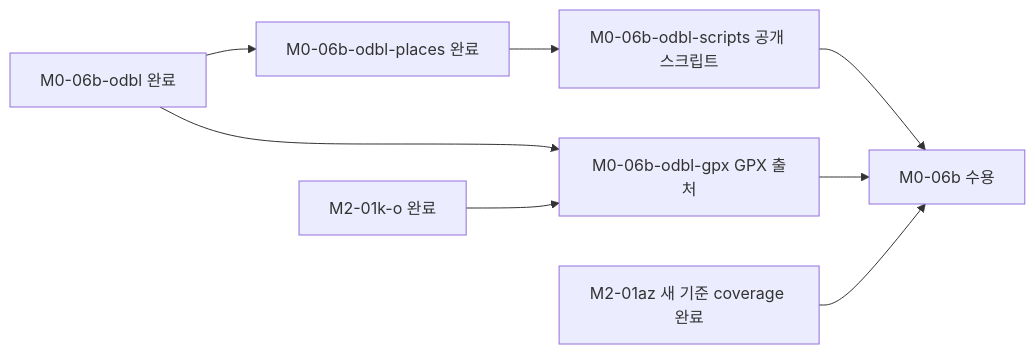
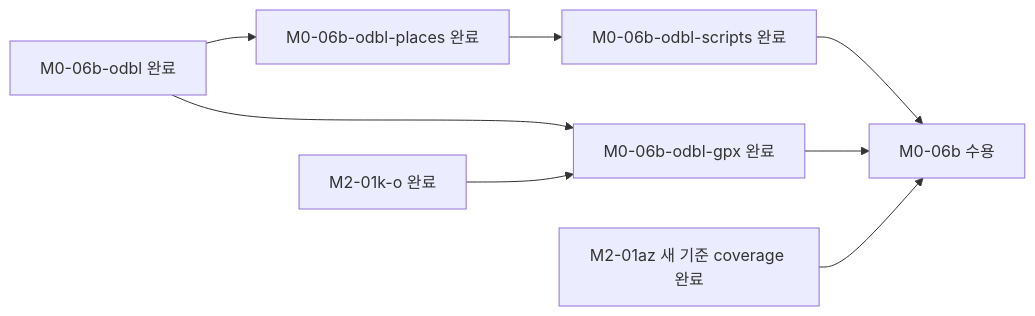
Before and after one commit to peacecheejecake/workout-manager: the first of 4 diagrams in docs/implementation/task-graph.md, drawn with Mermaid. The commit also changed other lines of this file and 22 other files, not shown here.

````diff
--- a/docs/implementation/task-graph.md
+++ b/docs/implementation/task-graph.md
@@ -79,10 +79,10 @@
 ```mermaid
 flowchart LR
     odbl["M0-06b-odbl 완료"] --> places["M0-06b-odbl-places 완료"]
-    places --> scripts["M0-06b-odbl-scripts 공개 스크립트"]
-    odbl --> gpx["M0-06b-odbl-gpx GPX 출처"]
+    places --> scripts["M0-06b-odbl-scripts 완료"]
+    odbl --> gpx["M0-06b-odbl-gpx 완료"]
     coursePrivacy["M2-01k-o 완료"] --> gpx
     scripts --> mapSpike["M0-06b 수용"]
     gpx --> mapSpike
     coverage["M2-01az 새 기준 coverage 완료"] --> mapSpike
 ```
````
